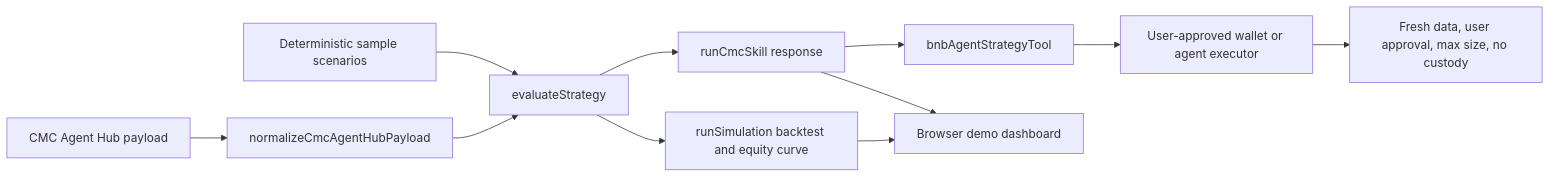
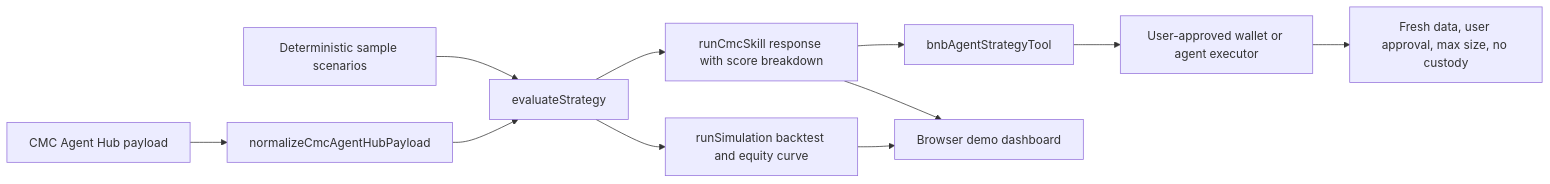
The diagram in docs/architecture.md (xuanpengcao10-rgb/bnb-track2-risk-skill), drawn with Mermaid before and after one commit. The commit also changed other lines of this file and 22 other files, not shown here.

````diff
--- a/docs/architecture.md
+++ b/docs/architecture.md
@@ -5,13 +5,13 @@
 ```mermaid
 flowchart LR
   cmc["CMC Agent Hub payload"] --> cmcAdapter["normalizeCmcAgentHubPayload"]
   scenario["Deterministic sample scenarios"] --> strategy["evaluateStrategy"]
   cmcAdapter --> strategy
-  strategy --> skill["runCmcSkill response"]
+  strategy --> skill["runCmcSkill response with score breakdown"]
   strategy --> simulation["runSimulation backtest and equity curve"]
   skill --> bnbTool["bnbAgentStrategyTool"]
   skill --> dashboard["Browser demo dashboard"]
   simulation --> dashboard
   bnbTool --> executor["User-approved wallet or agent executor"]
   executor --> guard["Fresh data, user approval, max size, no custody"]
 ```
````
